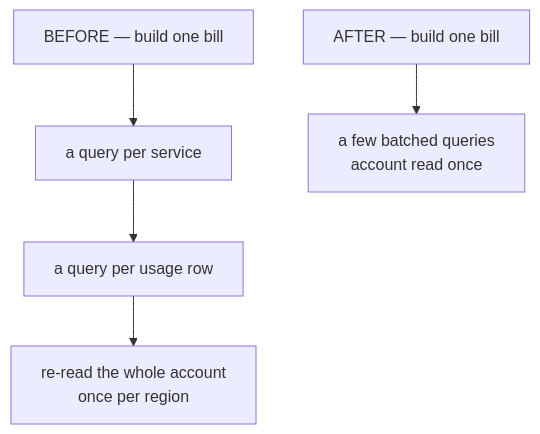
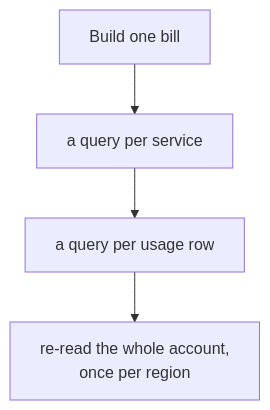
The seventh of 12 diagrams in billing-improvements-explained.md (saurabh6790/v2-billing-specs), drawn with Mermaid before and after one commit. The commit also changed other lines of this file and 17 other files, not shown here.

Commit message:
diagrams: before and after are two diagrams, not one

````diff
--- a/billing-improvements-explained.md
+++ b/billing-improvements-explained.md
@@ -270,9 +273,7 @@
 ```mermaid
 flowchart TD
-    B0["BEFORE — build one bill"] --> B1["a query per service"]
-    B1 --> B2["a query per usage row"]
-    B2 --> B3["`re-read the whole account
+    R["Build one bill"] --> A["a query per service"]
+    A --> B["a query per usage row"]
+    B --> C["`re-read the whole account,
 once per region`"]
-    A0["AFTER — build one bill"] --> A1["`a few batched queries
-account read once`"]
 ```
````
